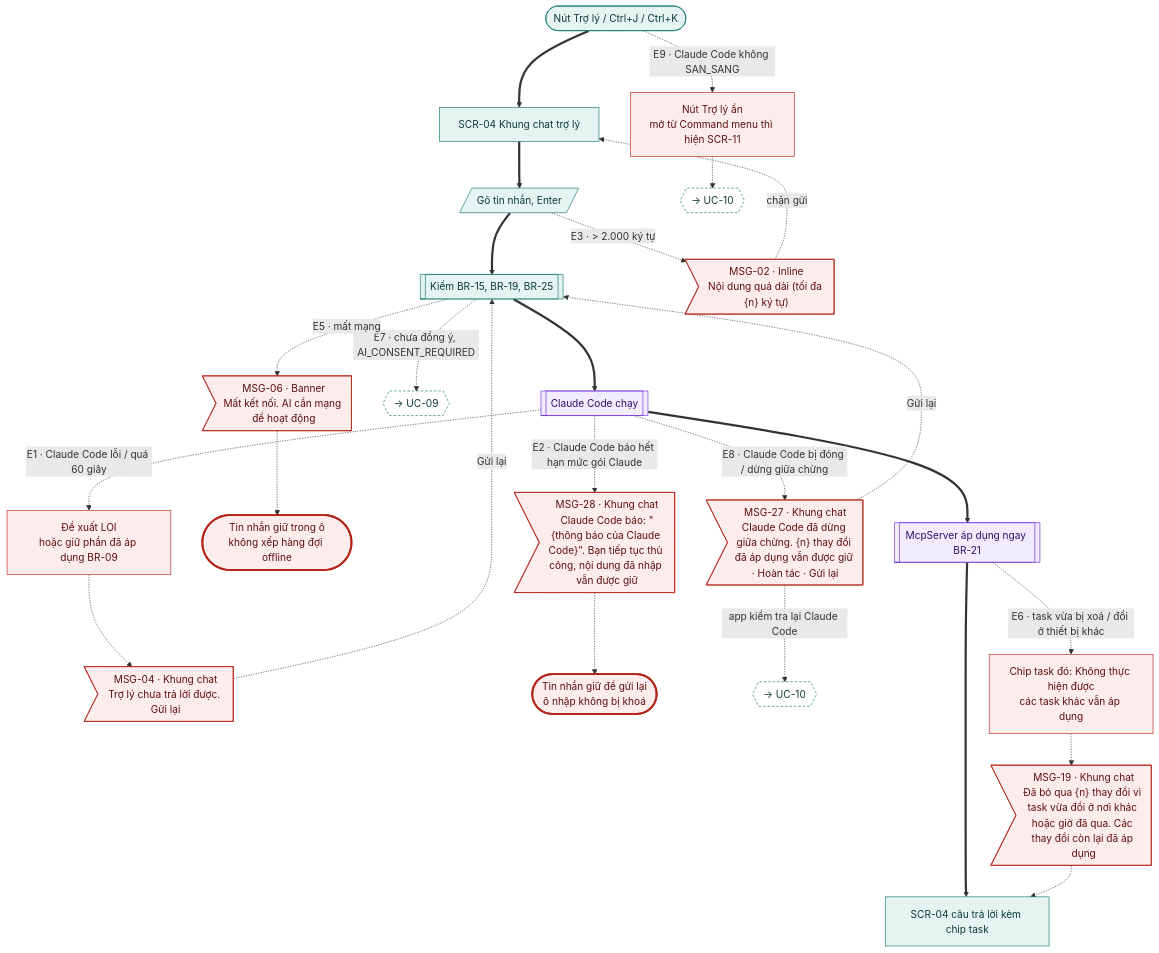
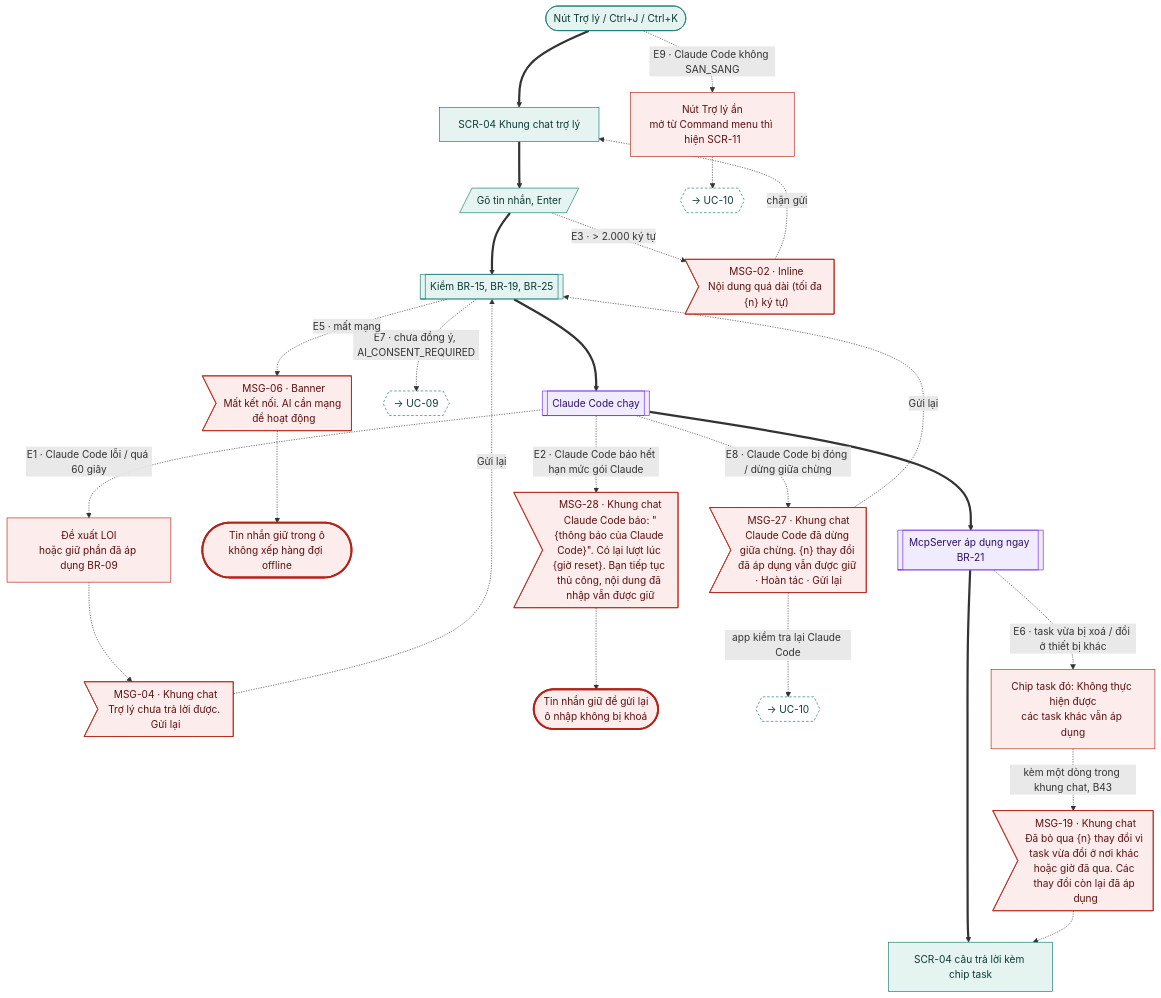
One commit to tannguyenho/personal-app changed the ninth of 29 diagrams in docs/design-brief/flow/g10-tro-ly-ai.md. Above: the diagram before and after it, drawn with Mermaid. The commit also changed other lines of this file and 6 other files, not shown here.

First line of the commit message:
docs(G01, G10): áp quyết định PO 09/11 vào SRS, PRD, flow; IA trỏ mã mới

````diff
--- a/docs/design-brief/flow/g10-tro-ly-ai.md
+++ b/docs/design-brief/flow/g10-tro-ly-ai.md
@@ -412,46 +419,46 @@
 ```mermaid
 flowchart TD
   start(["Nút Trợ lý / Ctrl+J / Ctrl+K"])
   s1["SCR-04 Khung chat trợ lý"]
   u1[/"Gõ tin nhắn, Enter"/]
   p1[["Kiểm BR-15, BR-19, BR-25"]]
   p2[["Claude Code chạy"]]
   p4[["McpServer áp dụng ngay BR-21"]]
   s3["SCR-04 câu trả lời kèm chip task"]
 
   start ==> s1 ==> u1 ==> p1 ==> p2 ==> p4 ==> s3
 
   start -.->|"E9 · Claude Code không SAN_SANG"| e9["Nút Trợ lý ẩn<br/>mở từ Command menu thì hiện SCR-11"]
   e9 -.-> e9x{{"→ UC-10"}}
   u1 -.->|"E3 · > 2.000 ký tự"| e3m>"MSG-02 · Inline<br/>Nội dung quá dài (tối đa {n} ký tự)"]
   e3m -.->|"chặn gửi"| s1
   p1 -.->|"E7 · chưa đồng ý, AI_CONSENT_REQUIRED"| e7{{"→ UC-09"}}
   p1 -.->|"E5 · mất mạng"| e5m>"MSG-06 · Banner<br/>Mất kết nối. AI cần mạng để hoạt động"]
   e5m -.-> e5(["Tin nhắn giữ trong ô<br/>không xếp hàng đợi offline"])
   p2 -.->|"E1 · Claude Code lỗi / quá 60 giây"| e1["Đề xuất LOI<br/>hoặc giữ phần đã áp dụng BR-09"]
   e1 -.-> e1m>"MSG-04 · Khung chat<br/>Trợ lý chưa trả lời được. Gửi lại"]
   e1m -.->|"Gửi lại"| p1
-  p2 -.->|"E2 · Claude Code báo hết hạn mức gói Claude"| e2m>"MSG-28 · Khung chat<br/>Claude Code báo: #quot;{thông báo của Claude Code}#quot;. Bạn tiếp tục thủ công, nội dung đã nhập vẫn được giữ"]
+  p2 -.->|"E2 · Claude Code báo hết hạn mức gói Claude"| e2m>"MSG-28 · Khung chat<br/>Claude Code báo: #quot;{thông báo của Claude Code}#quot;. Có lại lượt lúc {giờ reset}. Bạn tiếp tục thủ công, nội dung đã nhập vẫn được giữ"]
   e2m -.-> e2(["Tin nhắn giữ để gửi lại<br/>ô nhập không bị khoá"])
   p2 -.->|"E8 · Claude Code bị đóng / dừng giữa chừng"| e8m>"MSG-27 · Khung chat<br/>Claude Code đã dừng giữa chừng. {n} thay đổi đã áp dụng vẫn được giữ · Hoàn tác · Gửi lại"]
   e8m -.->|"app kiểm tra lại Claude Code"| e8x{{"→ UC-10"}}
   e8m -.->|"Gửi lại"| p1
   p4 -.->|"E6 · task vừa bị xoá / đổi ở thiết bị khác"| e6["Chip task đó: Không thực hiện được<br/>các task khác vẫn áp dụng"]
-  e6 -.-> e6m>"MSG-19 · Khung chat<br/>Đã bỏ qua {n} thay đổi vì task vừa đổi ở nơi khác hoặc giờ đã qua. Các thay đổi còn lại đã áp dụng"]
+  e6 -.->|"kèm một dòng trong khung chat, B43"| e6m>"MSG-19 · Khung chat<br/>Đã bỏ qua {n} thay đổi vì task vừa đổi ở nơi khác hoặc giờ đã qua. Các thay đổi còn lại đã áp dụng"]
   e6m -.-> s3
 
   class start,s1,u1,p1,s3 happy
   class p2,p4 ai
   class e9,e3m,e5m,e1,e1m,e2m,e8m,e6,e6m err
   class e9x,e7,e8x link
   class e5,e2 fail
   classDef happy fill:#E6F4F1,stroke:#0F766E,color:#0B3B36
   classDef alt fill:#F1F3F5,stroke:#6B7280,color:#1F2937
   classDef err fill:#FDECEC,stroke:#B42318,color:#5C1010
   classDef warn fill:#FEF4E2,stroke:#B45309,color:#4A2604
   classDef ai fill:#F1ECFD,stroke:#6D28D9,color:#2E1065
   classDef sync fill:#FFFFFF,stroke:#6B7280,stroke-dasharray:4 3,color:#1F2937
   classDef link fill:#FFFFFF,stroke:#0F766E,stroke-dasharray:4 3,color:#0B3B36
   classDef done fill:#E6F4F1,stroke:#0F766E,stroke-width:3px,color:#0B3B36
   classDef fail fill:#FDECEC,stroke:#B42318,stroke-width:3px,color:#5C1010
 ```
````
